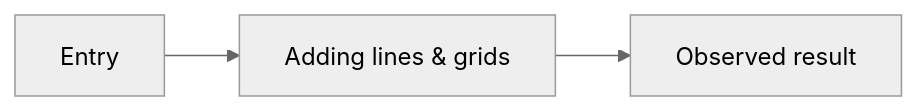
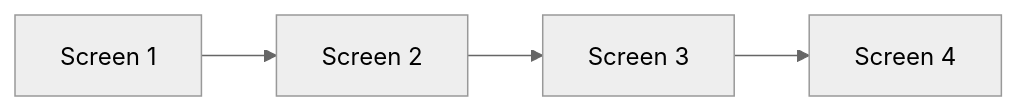
One commit to Dev-Corgi/Notes-Clone changed the diagram in docs/apple-notes/flows/adding-lines-and-grids/README.md. Above: the diagram before and after it, drawn with Mermaid (neutral theme). The commit also changed other lines of this file and 69 other files, not shown here.

Commit message:
docs: verify Notes navigation and note flows

````diff
--- a/docs/apple-notes/flows/adding-lines-and-grids/README.md
+++ b/docs/apple-notes/flows/adding-lines-and-grids/README.md
@@ -9,5 +10,10 @@
 ```mermaid
 flowchart LR
-  A[Entry] --> B[Adding lines & grids]
-  B --> C[Observed result]
+  S1[Screen 1]
+  S2[Screen 2]
+  S3[Screen 3]
+  S4[Screen 4]
+  S1 --> S2
+  S2 --> S3
+  S3 --> S4
 ```
````
